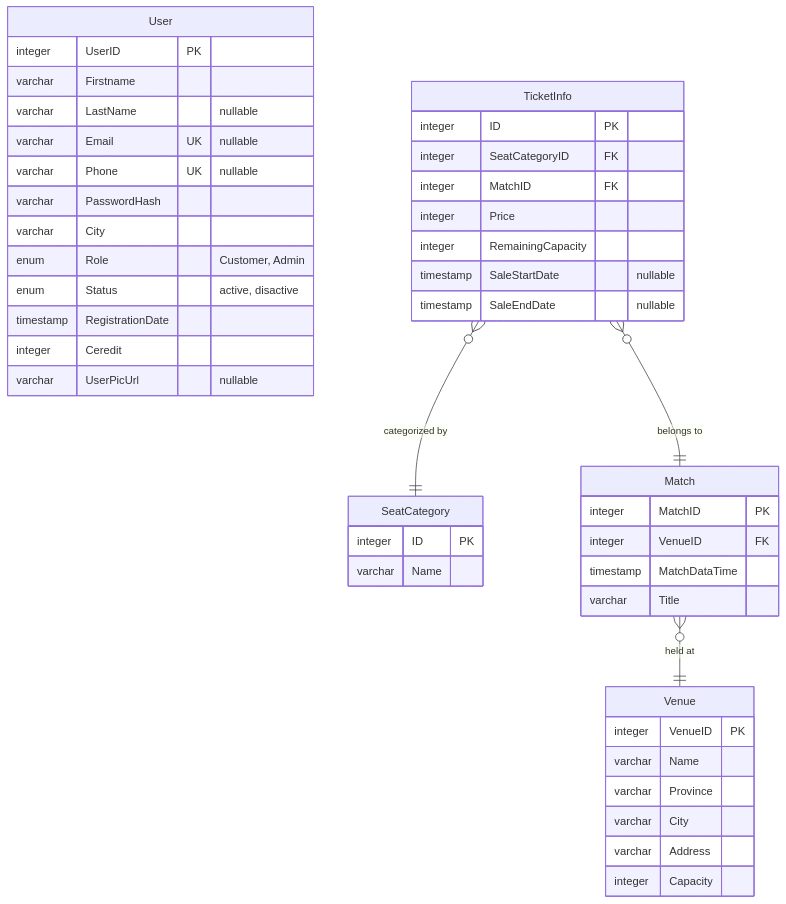
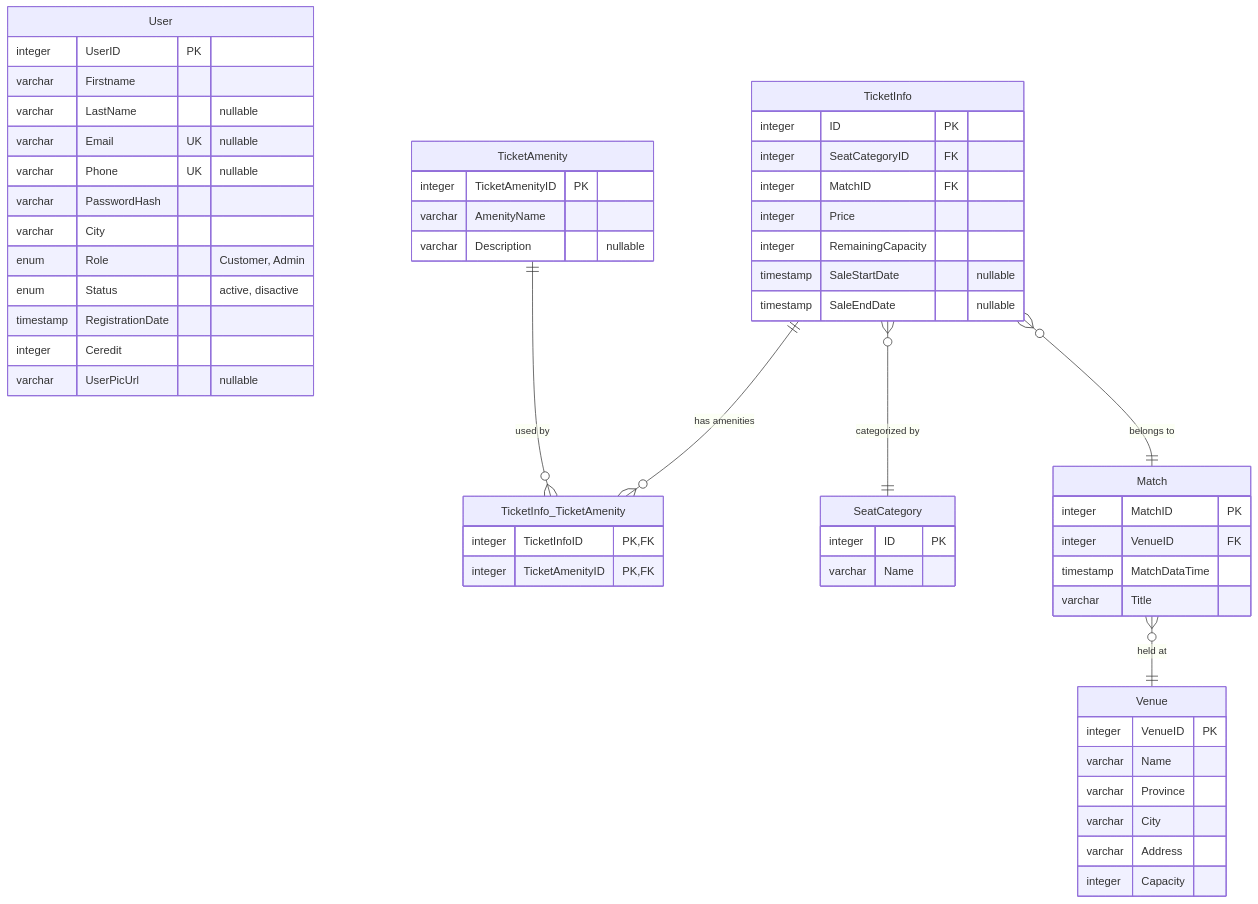
Before and after one commit to smhhd/BookTheGame: the diagram in sql.mmd, drawn with Mermaid.

Commit message:
For special features on every ticket info, TicketAmenity table created

```diff
--- a/sql.mmd
+++ b/sql.mmd
@@ -1,53 +1,66 @@
 erDiagram
     User {
         integer UserID PK
         varchar Firstname
         varchar LastName "nullable"
         varchar Email UK "nullable"
         varchar Phone UK "nullable"
         varchar PasswordHash
         varchar City
         enum Role "Customer, Admin"
         enum Status "active, disactive"
         timestamp RegistrationDate
         integer Ceredit
         varchar UserPicUrl "nullable"
     }
 
     TicketInfo {
         integer ID PK
         integer SeatCategoryID FK
         integer MatchID FK
         integer Price
         integer RemainingCapacity
         timestamp SaleStartDate "nullable"
         timestamp SaleEndDate "nullable"
+    }
+
+    TicketAmenity {
+        integer TicketAmenityID PK
+        varchar AmenityName
+        varchar Description "nullable"
+    }
+
+    TicketInfo_TicketAmenity {
+        integer TicketInfoID PK,FK
+        integer TicketAmenityID PK,FK
     }
 
     SeatCategory {
         integer ID PK
         varchar Name
     }
 
     Match {
         integer MatchID PK
         integer VenueID FK
         timestamp MatchDataTime
         varchar Title
     }
     Venue {
         integer VenueID PK
         varchar Name
         varchar Province
         varchar City
         varchar Address
         integer Capacity
     }
 
 
 
     %% Relationships
     TicketInfo }o--|| Match : "belongs to"
     TicketInfo }o--|| SeatCategory : "categorized by"
+    TicketInfo ||--o{ TicketInfo_TicketAmenity : "has amenities"
+    TicketAmenity ||--o{ TicketInfo_TicketAmenity : "used by"
 
     Match }o--|| Venue : "held at"
```
